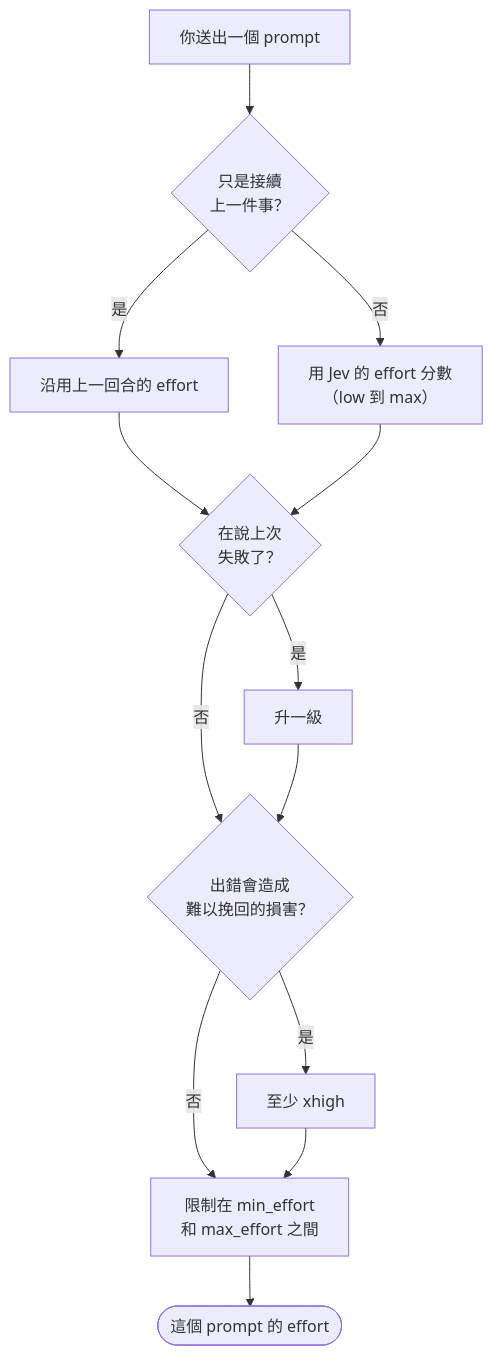
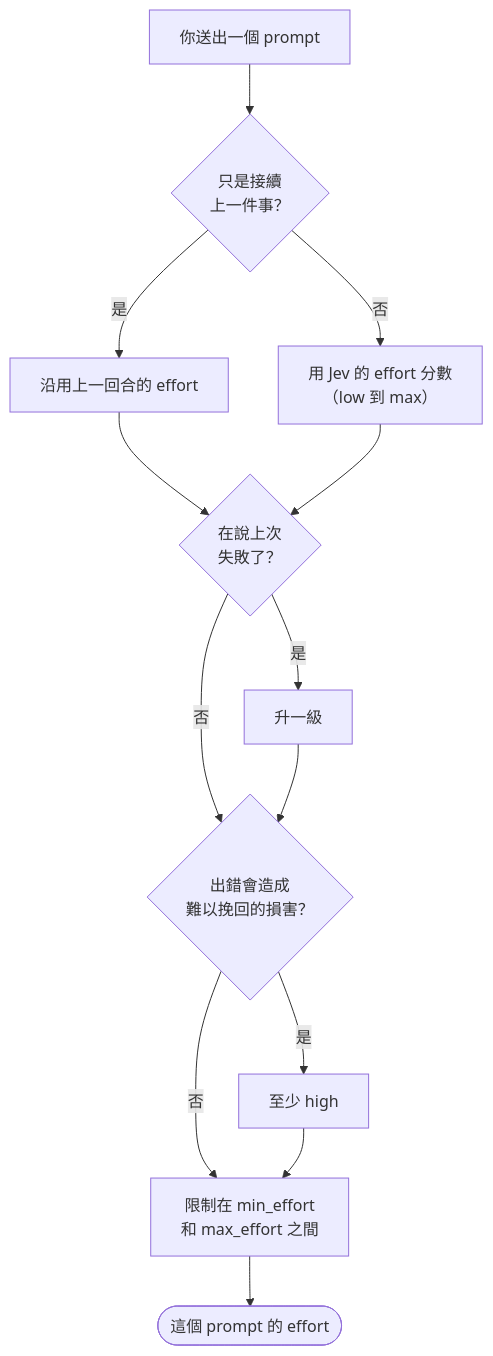
The third of 3 diagrams in README.zh-TW.md (KevinYu1580/jcGearbox), drawn with Mermaid before and after one commit. The commit also changed other lines of this file and 1 other file, not shown here.

````diff
--- a/README.zh-TW.md
+++ b/README.zh-TW.md
@@ -69,15 +71,15 @@
 ```mermaid
 flowchart TD
     P["你送出一個 prompt"] --> C{"只是接續<br/>上一件事？"}
     C -->|"是"| K["沿用上一回合的 effort"]
     C -->|"否"| J["用 Jev 的 effort 分數<br/>（low 到 max）"]
     K --> F{"在說上次<br/>失敗了？"}
     J --> F
     F -->|"是"| U["升一級"]
     F -->|"否"| R{"出錯會造成<br/>難以挽回的損害？"}
     U --> R
-    R -->|"是"| X["至少 xhigh"]
+    R -->|"是"| X["至少 high"]
     R -->|"否"| M["限制在 min_effort<br/>和 max_effort 之間"]
     X --> M
     M --> E(["這個 prompt 的 effort"])
 ```
````
